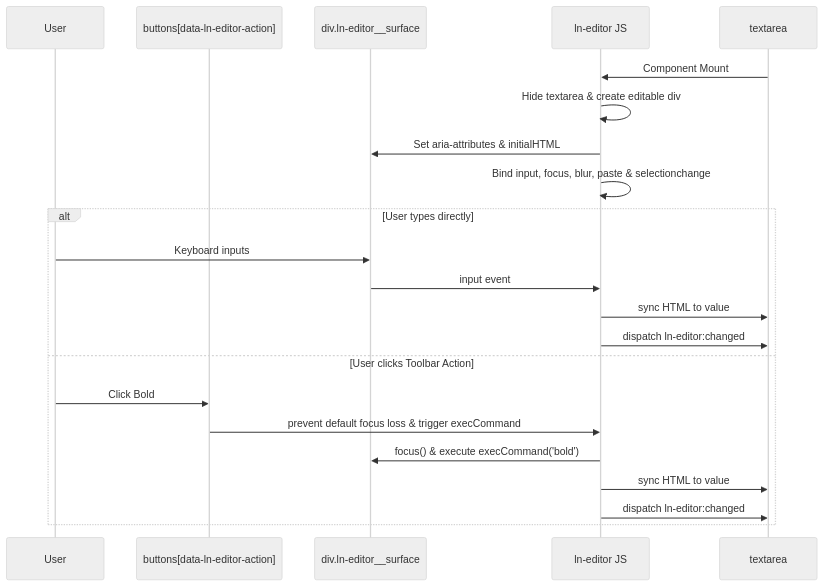
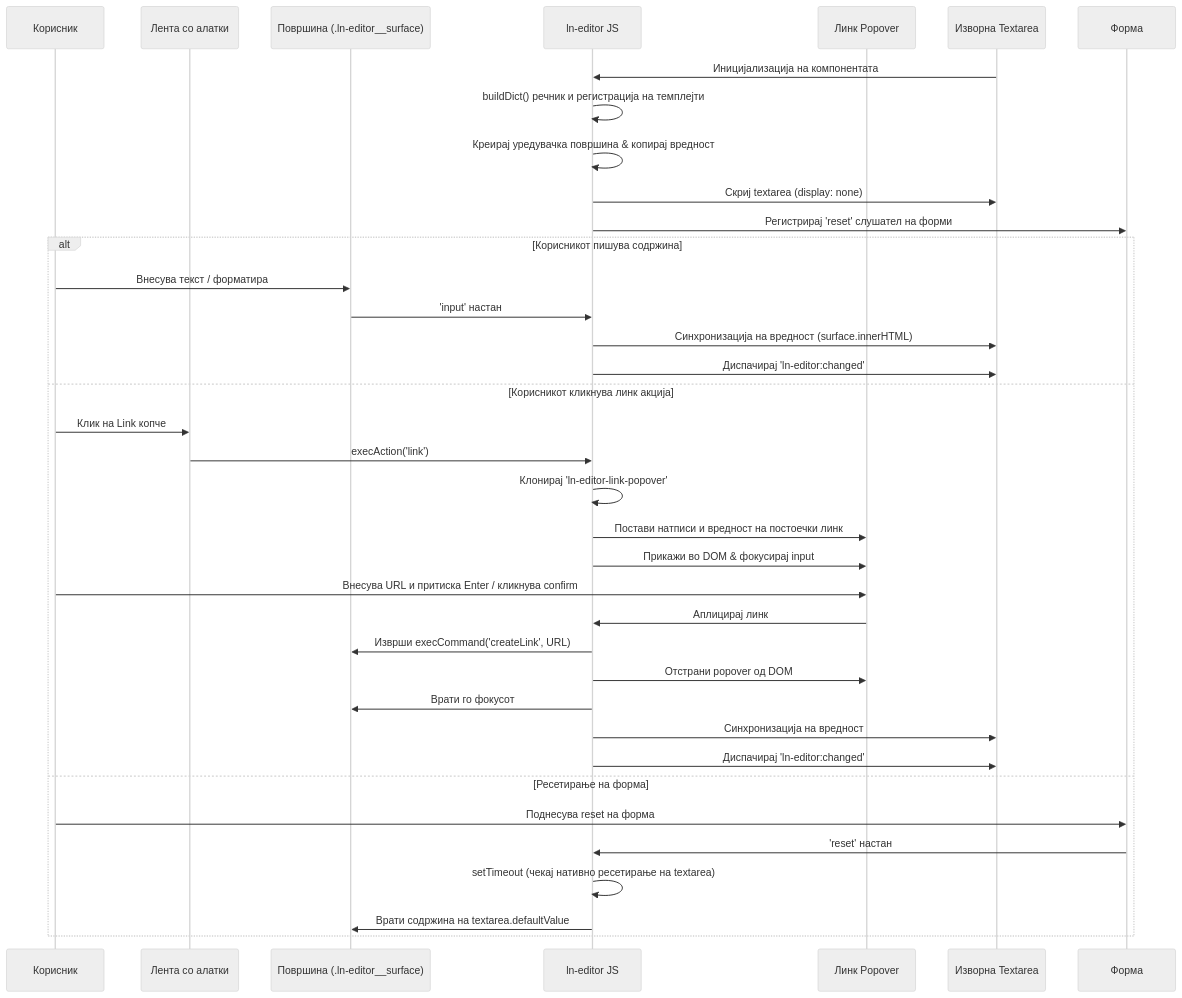
One commit to livenetworks/ln-ashlar changed the diagram in architecture_docs_draft/components/ln-editor.md. Above: the diagram before and after it, drawn with Mermaid (neutral theme). The commit also changed other lines of this file and 62 other files, not shown here.

````diff
--- a/architecture_docs_draft/components/ln-editor.md
+++ b/architecture_docs_draft/components/ln-editor.md
@@ -158,26 +194,41 @@
 ```mermaid
 sequenceDiagram
-    participant User
-    participant Toolbar as buttons[data-ln-editor-action]
-    participant Surface as div.ln-editor__surface
+    participant User as Корисник
+    participant Toolbar as Лента со алатки
+    participant Surface as Површина (.ln-editor__surface)
     participant Editor as ln-editor JS
-    participant Textarea as textarea
+    participant Popover as Линк Popover
+    participant Textarea as Изворна Textarea
+    participant Form as Форма
 
-    Textarea->>Editor: Component Mount
-    Editor->>Editor: Hide textarea & create editable div
-    Editor->>Surface: Set aria-attributes & initialHTML
-    Editor->>Editor: Bind input, focus, blur, paste & selectionchange
-    
-    alt User types directly
-        User->>Surface: Keyboard inputs
-        Surface->>Editor: input event
-        Editor->>Textarea: sync HTML to value
-        Editor->>Textarea: dispatch ln-editor:changed
-    else User clicks Toolbar Action
-        User->>Toolbar: Click Bold
-        Toolbar->>Editor: prevent default focus loss & trigger execCommand
-        Editor->>Surface: focus() & execute execCommand('bold')
-        Editor->>Textarea: sync HTML to value
-        Editor->>Textarea: dispatch ln-editor:changed
+    Textarea->>Editor: Иницијализација на компонентата
+    Editor->>Editor: buildDict() речник и регистрација на темплејти
+    Editor->>Editor: Креирај уредувачка површина & копирај вредност
+    Editor->>Textarea: Скриј textarea (display: none)
+    Editor->>Form: Регистрирај 'reset' слушател на форми
+
+    alt Корисникот пишува содржина
+        User->>Surface: Внесува текст / форматира
+        Surface->>Editor: 'input' настан
+        Editor->>Textarea: Синхронизација на вредност (surface.innerHTML)
+        Editor->>Textarea: Диспачирај 'ln-editor:changed'
+    else Корисникот кликнува линк акција
+        User->>Toolbar: Клик на Link копче
+        Toolbar->>Editor: execAction('link')
+        Editor->>Editor: Клонирај 'ln-editor-link-popover'
+        Editor->>Popover: Постави натписи и вредност на постоечки линк
+        Editor->>Popover: Прикажи во DOM & фокусирај input
+        User->>Popover: Внесува URL и притиска Enter / кликнува confirm
+        Popover->>Editor: Аплицирај линк
+        Editor->>Surface: Изврши execCommand('createLink', URL)
+        Editor->>Popover: Отстрани popover од DOM
+        Editor->>Surface: Врати го фокусот
+        Editor->>Textarea: Синхронизација на вредност
+        Editor->>Textarea: Диспачирај 'ln-editor:changed'
+    else Ресетирање на форма
+        User->>Form: Поднесува reset на форма
+        Form->>Editor: 'reset' настан
+        Editor->>Editor: setTimeout (чекај нативно ресетирање на textarea)
+        Editor->>Surface: Врати содржина на textarea.defaultValue
     end
 ```
````
